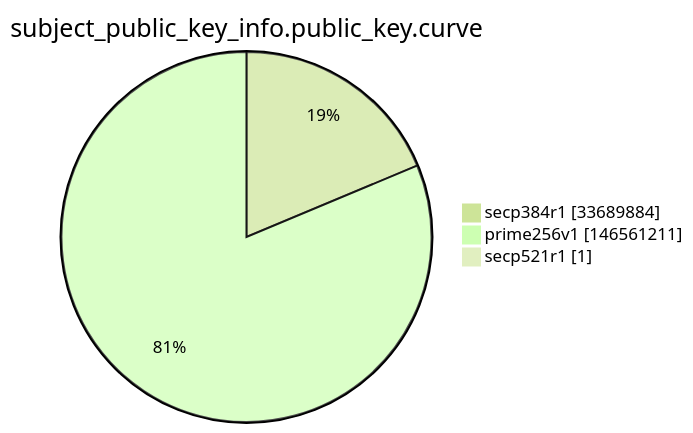
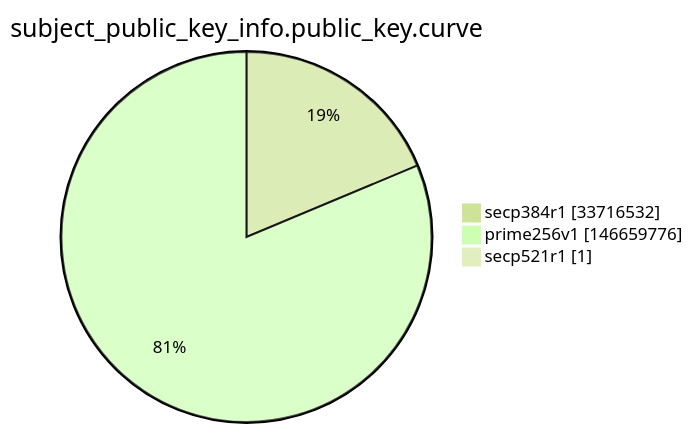
One commit to christiankrug/ctmonitor_visualization changed the ninth of 15 diagrams in argon2022/README.md. Above: the diagram before and after it, drawn with Mermaid (forest theme). The commit also changed other lines of this file, not shown here.

````diff
--- a/argon2022/README.md
+++ b/argon2022/README.md
@@ -2764,7 +2764,7 @@
 ```mermaid
 pie showData
 title subject_public_key_info.public_key.curve
-"secp384r1" :33689884
-"prime256v1" :146561211
+"secp384r1" :33716532
+"prime256v1" :146659776
 "secp521r1" :1
 ```
````
